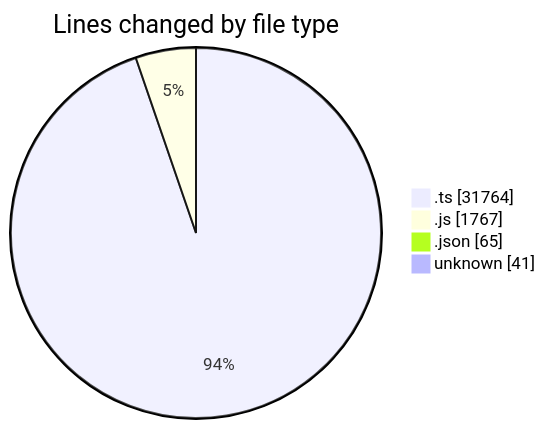
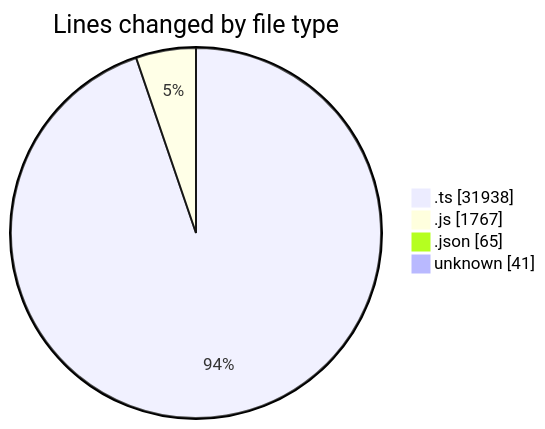
One commit to momahboobian/code-tracking changed the first of 2 diagrams in 2025-07-31/cda/README.md. Above: the diagram before and after it, drawn with Mermaid. The commit also changed other lines of this file and 1 other file, not shown here.

````diff
--- a/2025-07-31/cda/README.md
+++ b/2025-07-31/cda/README.md
@@ -27,8 +27,8 @@
 ```mermaid
 pie showData
 title Lines changed by file type
-".ts" : 31764
+".ts" : 31938
 ".js" : 1767
 ".json" : 65
 "unknown" : 41
 ```
````
